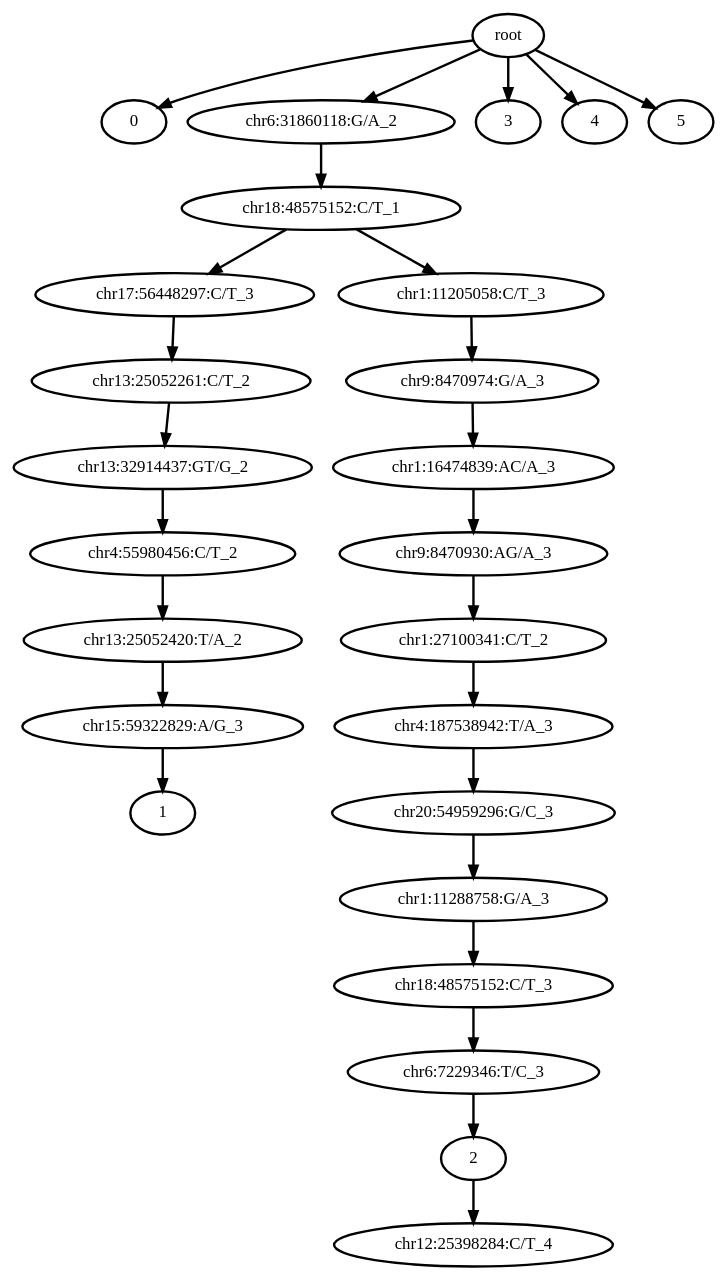
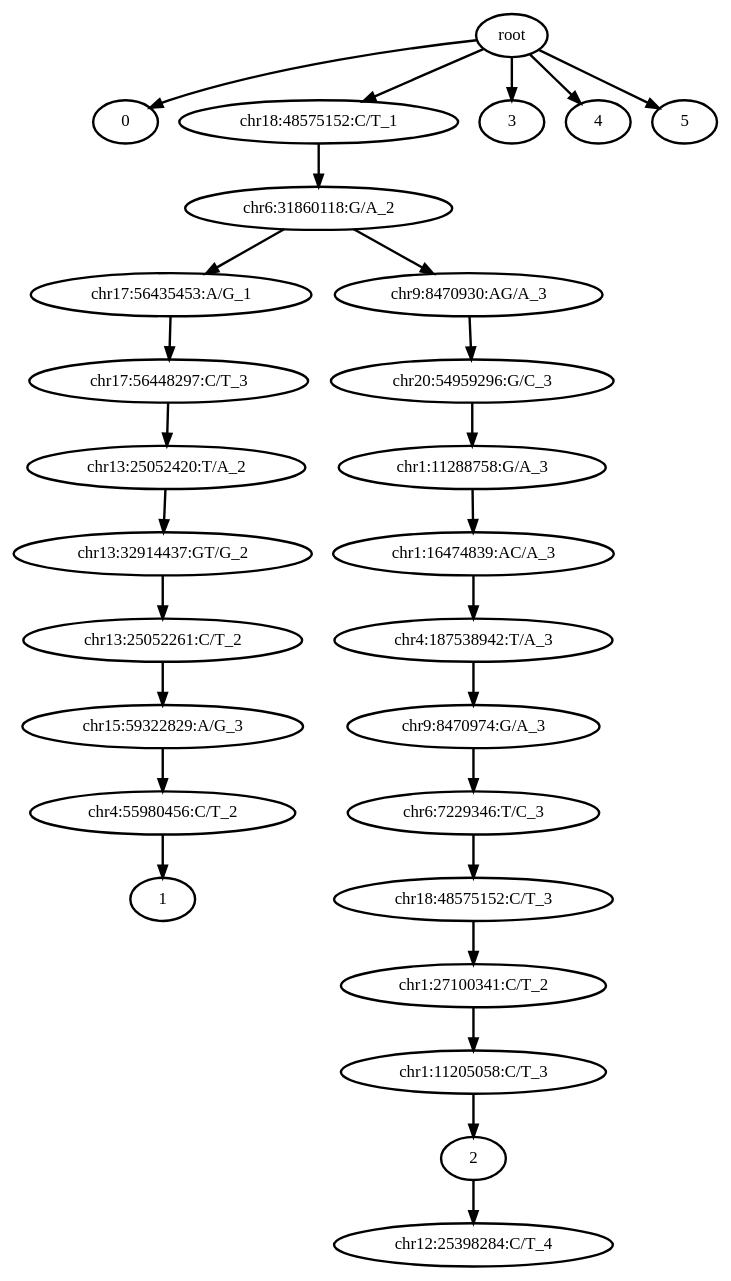
Before and after one commit to haochenz96/Tapestri_main_manuscript_analysis: the diagram in 0_condor_pipeline/condor_outputs/BPA-5/out_tree.dot, drawn with Graphviz. The commit also changed 1647 other files, not shown here.

```diff
--- a/0_condor_pipeline/condor_outputs/BPA-5/out_tree.dot
+++ b/0_condor_pipeline/condor_outputs/BPA-5/out_tree.dot
@@ -1,55 +1,57 @@
 digraph N {
 	overlap="false"
 	rankdir="TB"
 	0 [label="root", style="bold"];
 	1 [label="0", style="bold"];
-	2 [label="chr6:31860118:G/A_2", style="bold"];
-	3 [label="chr18:48575152:C/T_1", style="bold"];
-	4 [label="chr17:56448297:C/T_3", style="bold"];
-	5 [label="chr13:25052261:C/T_2", style="bold"];
-	6 [label="chr13:32914437:GT/G_2", style="bold"];
-	7 [label="chr4:55980456:C/T_2", style="bold"];
-	8 [label="chr13:25052420:T/A_2", style="bold"];
+	2 [label="chr18:48575152:C/T_1", style="bold"];
+	3 [label="chr6:31860118:G/A_2", style="bold"];
+	4 [label="chr17:56435453:A/G_1", style="bold"];
+	5 [label="chr17:56448297:C/T_3", style="bold"];
+	6 [label="chr13:25052420:T/A_2", style="bold"];
+	7 [label="chr13:32914437:GT/G_2", style="bold"];
+	8 [label="chr13:25052261:C/T_2", style="bold"];
 	9 [label="chr15:59322829:A/G_3", style="bold"];
-	10 [label="1", style="bold"];
-	11 [label="chr1:11205058:C/T_3", style="bold"];
-	12 [label="chr9:8470974:G/A_3", style="bold"];
-	13 [label="chr1:16474839:AC/A_3", style="bold"];
-	14 [label="chr9:8470930:AG/A_3", style="bold"];
-	15 [label="chr1:27100341:C/T_2", style="bold"];
+	10 [label="chr4:55980456:C/T_2", style="bold"];
+	11 [label="1", style="bold"];
+	12 [label="chr9:8470930:AG/A_3", style="bold"];
+	13 [label="chr20:54959296:G/C_3", style="bold"];
+	14 [label="chr1:11288758:G/A_3", style="bold"];
+	15 [label="chr1:16474839:AC/A_3", style="bold"];
 	16 [label="chr4:187538942:T/A_3", style="bold"];
-	17 [label="chr20:54959296:G/C_3", style="bold"];
-	18 [label="chr1:11288758:G/A_3", style="bold"];
+	17 [label="chr9:8470974:G/A_3", style="bold"];
+	18 [label="chr6:7229346:T/C_3", style="bold"];
 	19 [label="chr18:48575152:C/T_3", style="bold"];
-	20 [label="chr6:7229346:T/C_3", style="bold"];
-	21 [label="2", style="bold"];
-	22 [label="3", style="bold"];
-	23 [label="4", style="bold"];
-	24 [label="5", style="bold"];
-	25 [label="chr12:25398284:C/T_4", style="bold"];
+	20 [label="chr1:27100341:C/T_2", style="bold"];
+	21 [label="chr1:11205058:C/T_3", style="bold"];
+	22 [label="2", style="bold"];
+	23 [label="3", style="bold"];
+	24 [label="4", style="bold"];
+	25 [label="5", style="bold"];
+	26 [label="chr12:25398284:C/T_4", style="bold"];
 	0 -> 1 [style="bold"];
 	0 -> 2 [style="bold"];
-	0 -> 22 [style="bold"];
 	0 -> 23 [style="bold"];
 	0 -> 24 [style="bold"];
+	0 -> 25 [style="bold"];
 	2 -> 3 [style="bold"];
 	3 -> 4 [style="bold"];
-	3 -> 11 [style="bold"];
+	3 -> 12 [style="bold"];
 	4 -> 5 [style="bold"];
 	5 -> 6 [style="bold"];
 	6 -> 7 [style="bold"];
 	7 -> 8 [style="bold"];
 	8 -> 9 [style="bold"];
 	9 -> 10 [style="bold"];
-	11 -> 12 [style="bold"];
+	10 -> 11 [style="bold"];
 	12 -> 13 [style="bold"];
 	13 -> 14 [style="bold"];
 	14 -> 15 [style="bold"];
 	15 -> 16 [style="bold"];
 	16 -> 17 [style="bold"];
 	17 -> 18 [style="bold"];
 	18 -> 19 [style="bold"];
 	19 -> 20 [style="bold"];
 	20 -> 21 [style="bold"];
-	21 -> 25 [style="bold"];
+	21 -> 22 [style="bold"];
+	22 -> 26 [style="bold"];
 }
```
